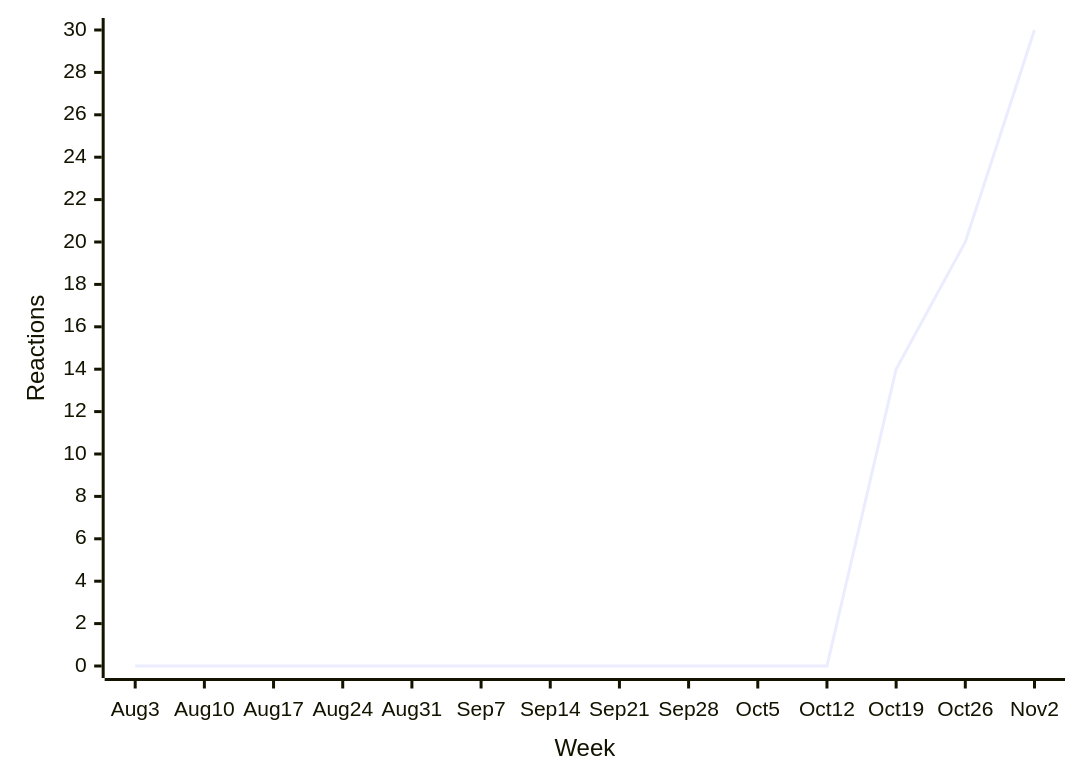
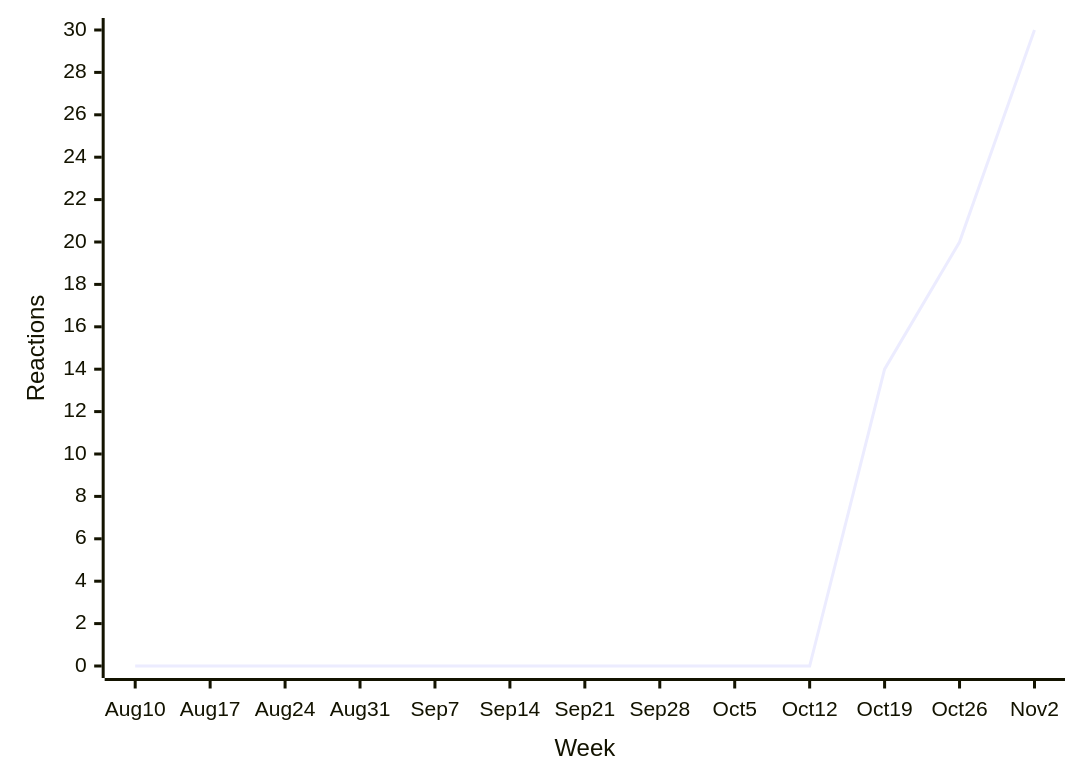
One commit to loic-sharma/github-insights changed the third of 40 diagrams in README.md. Above: the diagram before and after it, drawn with Mermaid. The commit also changed other lines of this file and 3 other files, not shown here.

````diff
--- a/README.md
+++ b/README.md
@@ -358,6 +358,6 @@
   ```mermaid
   xychart-beta
-    x-axis "Week" [Aug 3, Aug 10, Aug 17, Aug 24, Aug 31, Sep 7, Sep 14, Sep 21, Sep 28, Oct 5, Oct 12, Oct 19, Oct 26, Nov 2]
+    x-axis "Week" [Aug 10, Aug 17, Aug 24, Aug 31, Sep 7, Sep 14, Sep 21, Sep 28, Oct 5, Oct 12, Oct 19, Oct 26, Nov 2]
     y-axis "Reactions"
-    line [0, 0, 0, 0, 0, 0, 0, 0, 0, 0, 0, 14, 20, 30]
+    line [0, 0, 0, 0, 0, 0, 0, 0, 0, 0, 14, 20, 30]
   ```
````
